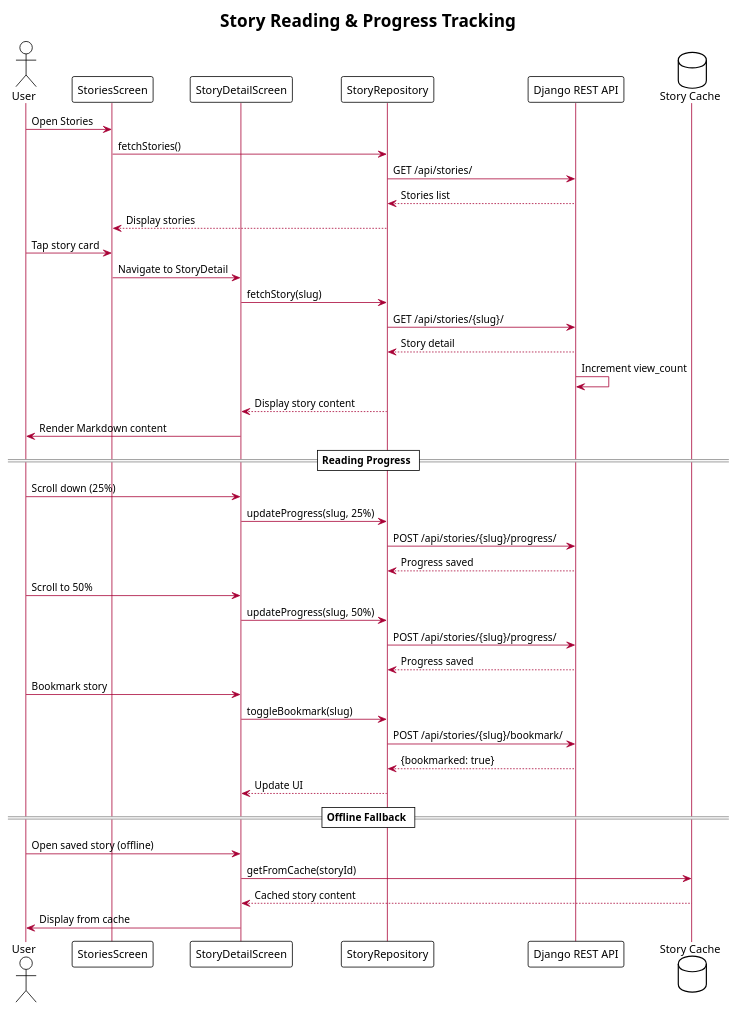
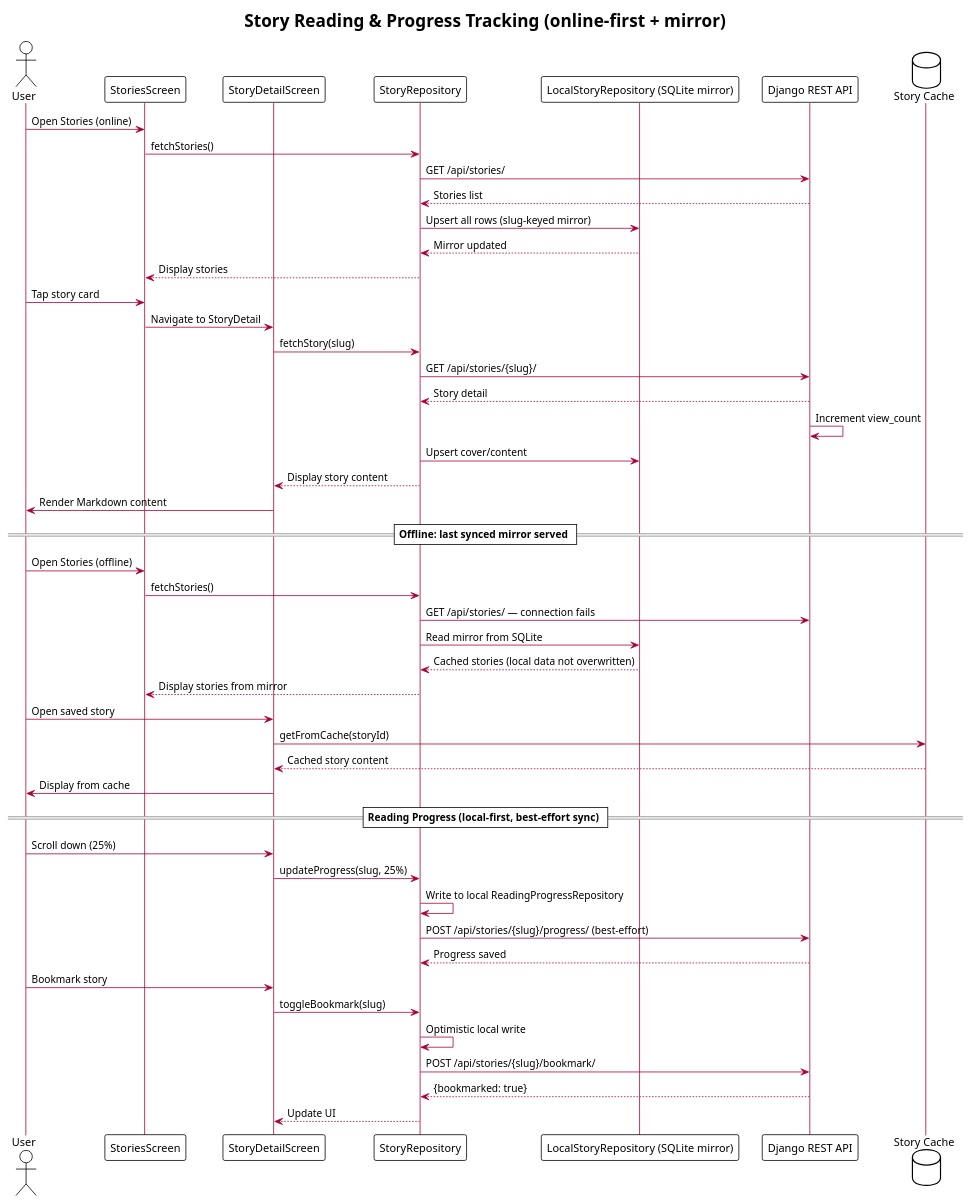
Before and after one commit to fabiljayson/Griot-2.0: the second of 6 diagrams in docs/diagrams/plantuml/04-sequence-diagram.puml, drawn with PlantUML. The commit also changed other lines of this file and 87 other files, not shown here.

```diff
--- a/docs/diagrams/plantuml/04-sequence-diagram.puml
+++ b/docs/diagrams/plantuml/04-sequence-diagram.puml
@@ -68,58 +81,65 @@
 @startuml Story Reading Flow
 !theme plain
 skinparam sequence {
   BackgroundColor #FEFECE
   ArrowColor #A80036
   LifeLineBorderColor #A80036
 }
 
-title Story Reading & Progress Tracking
+title Story Reading & Progress Tracking (online-first + mirror)
 
 actor User as U
 participant "StoriesScreen" as SS
 participant "StoryDetailScreen" as SD
 participant "StoryRepository" as SR
+participant "LocalStoryRepository (SQLite mirror)" as LSR
 participant "Django REST API" as API
 database "Story Cache" as Cache
 
-U -> SS : Open Stories
+U -> SS : Open Stories (online)
 SS -> SR : fetchStories()
 SR -> API : GET /api/stories/
 API --> SR : Stories list
+SR -> LSR : Upsert all rows (slug-keyed mirror)
+LSR --> SR : Mirror updated
 SR --> SS : Display stories
 U -> SS : Tap story card
 
 SS -> SD : Navigate to StoryDetail
 SD -> SR : fetchStory(slug)
 SR -> API : GET /api/stories/{slug}/
 API --> SR : Story detail
 API -> API : Increment view_count
+SR -> LSR : Upsert cover/content
 SR --> SD : Display story content
 SD -> U : Render Markdown content
 
-== Reading Progress ==
+== Offline: last synced mirror served ==
+
+U -> SS : Open Stories (offline)
+SS -> SR : fetchStories()
+SR -> API : GET /api/stories/ — connection fails
+SR -> LSR : Read mirror from SQLite
+LSR --> SR : Cached stories (local data not overwritten)
+SR --> SS : Display stories from mirror
+U -> SD : Open saved story
+SD -> Cache : getFromCache(storyId)
+Cache --> SD : Cached story content
+SD -> U : Display from cache
+
+== Reading Progress (local-first, best-effort sync) ==
 
 U -> SD : Scroll down (25%)
 SD -> SR : updateProgress(slug, 25%)
-SR -> API : POST /api/stories/{slug}/progress/
-API --> SR : Progress saved
-
-U -> SD : Scroll to 50%
-SD -> SR : updateProgress(slug, 50%)
-SR -> API : POST /api/stories/{slug}/progress/
+SR -> SR : Write to local ReadingProgressRepository
+SR -> API : POST /api/stories/{slug}/progress/ (best-effort)
 API --> SR : Progress saved
 
 U -> SD : Bookmark story
 SD -> SR : toggleBookmark(slug)
+SR -> SR : Optimistic local write
 SR -> API : POST /api/stories/{slug}/bookmark/
 API --> SR : {bookmarked: true}
 SR --> SD : Update UI
 
-== Offline Fallback ==
-
-U -> SD : Open saved story (offline)
-SD -> Cache : getFromCache(storyId)
-Cache --> SD : Cached story content
-SD -> U : Display from cache
-
 @enduml
```
